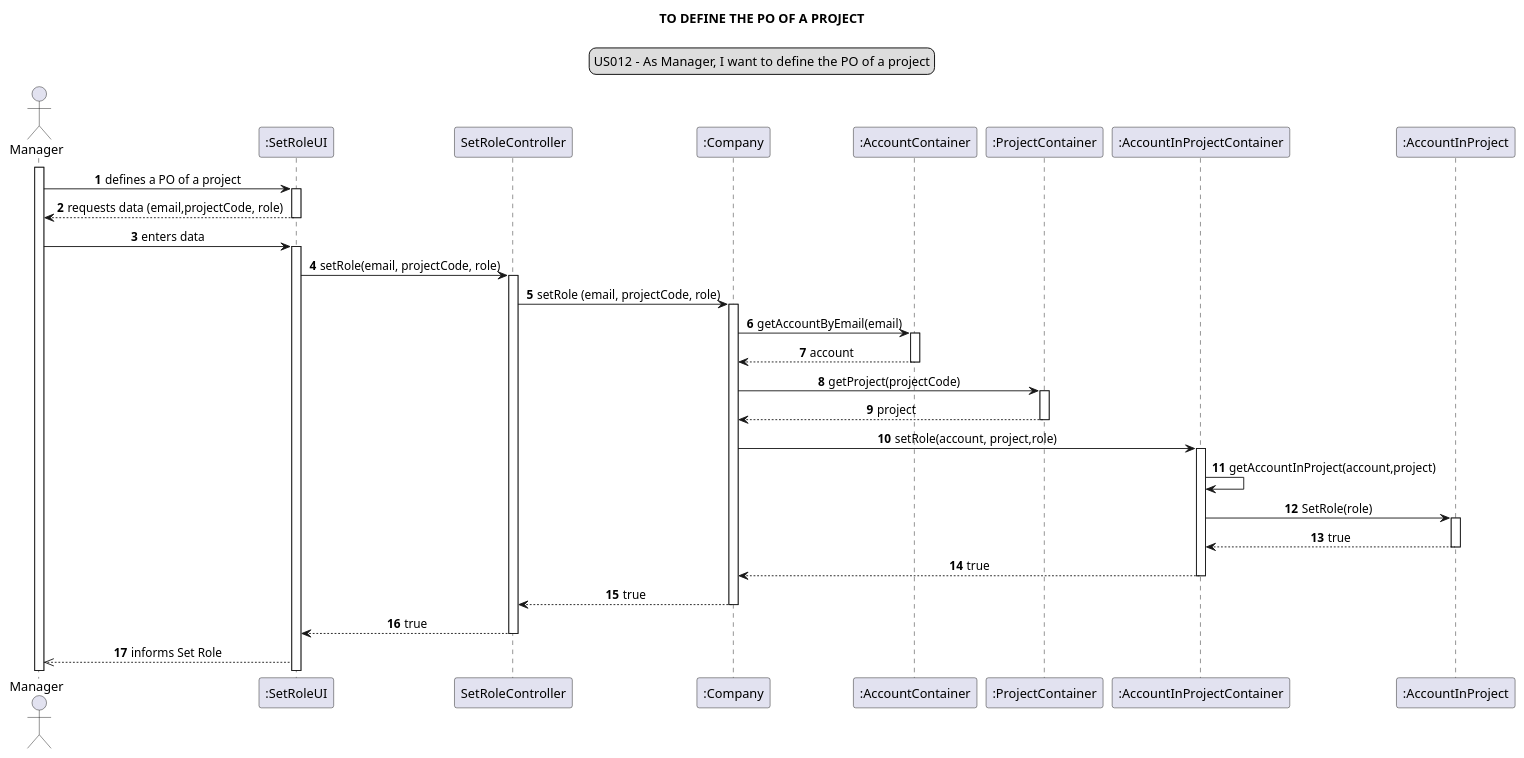
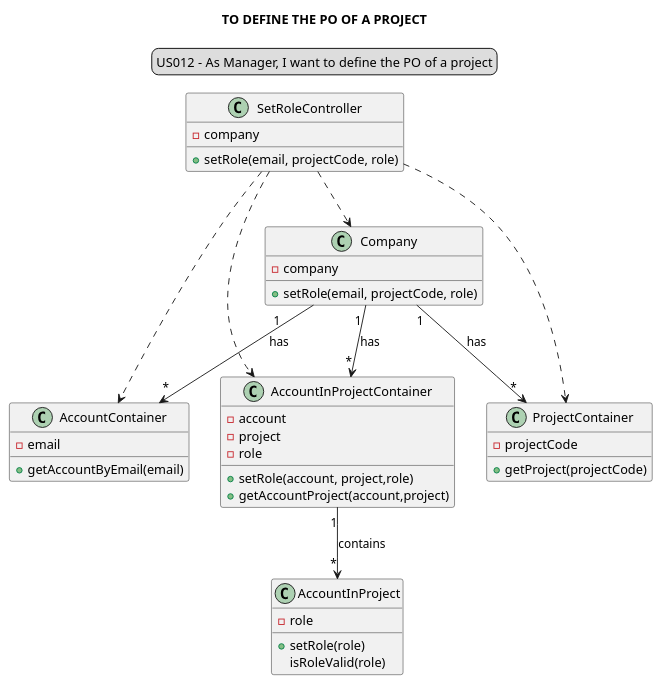
One commit to Loracline/project_switch_22-23 changed the diagram in docs/modelling_design/user_stories/US012/US012_classDiagram.puml. Above: the diagram before and after it, drawn with PlantUML. The commit also changed 1 other file, not shown here.

Commit message:
US012:Development: Swap names of Sequence Diagram and Class Diagram

```diff
--- a/docs/modelling_design/user_stories/US012/US012_classDiagram.puml
+++ b/docs/modelling_design/user_stories/US012/US012_classDiagram.puml
@@ -1,55 +1,56 @@
 @startuml
-'https://plantuml.com/class-diagram
+
 skinparam sequenceMessageAlign center
 title TO DEFINE THE PO OF A PROJECT
 legend top
 US012 - As Manager, I want to define the PO of a project
 end legend
-autonumber
 
-actor Manager
-participant ":SetRoleUI" as ui
-participant "SetRoleController" as controller
-participant ":Company" as company
-participant ":AccountContainer" as acccontainer
-participant ":ProjectContainer" as pcontainer
-participant ":AccountInProjectContainer" as accinprojcont
-participant ":AccountInProject" as accinproj
+class SetRoleController {
+-company
++setRole(email, projectCode, role)
+}
 
-activate Manager
-Manager -> ui:  defines a PO of a project
-activate ui
-Manager <-- ui:  requests data (email,projectCode, role)
-deactivate ui
-Manager -> ui:  enters data
-activate ui
-ui -> controller: setRole(email, projectCode, role)
-activate controller
-controller -> company: setRole (email, projectCode, role)
-activate company
-company -> acccontainer: getAccountByEmail(email)
-activate acccontainer
-company <-- acccontainer: account
-deactivate acccontainer
-company -> pcontainer: getProject(projectCode)
-activate pcontainer
-company <-- pcontainer: project
-deactivate pcontainer
-company -> accinprojcont: setRole(account, project,role)
-activate accinprojcont
-accinprojcont -> accinprojcont : getAccountInProject(account,project)
-accinprojcont -> accinproj: SetRole(role)
-activate accinproj
-accinproj --> accinprojcont: true
+class Company {
+-company
++setRole(email, projectCode, role)
+}
 
-deactivate accinproj
-accinprojcont --> company: true
-deactivate accinprojcont
-company --> controller : true
-deactivate company
-controller --> ui: true
-deactivate controller
-ui -->> Manager: informs Set Role
+class AccountContainer {
+-email
++getAccountByEmail(email)
+
+}
+
+class ProjectContainer{
+-projectCode
++getProject(projectCode)
+}
+
+class AccountInProjectContainer{
+-account
+-project
+-role
++setRole(account, project,role)
++getAccountProject(account,project)
+}
+
+class AccountInProject{
+-role
++setRole(role)
+isRoleValid(role)
+}
+
+
+SetRoleController ..> Company
+Company "1       " --> "*"AccountContainer: has
+Company "1"--> "        *"ProjectContainer: has
+Company "1 "-->"*" AccountInProjectContainer: has
+AccountInProjectContainer "    1"--> "   *"AccountInProject: contains
+
+SetRoleController ..> AccountContainer
+SetRoleController ..> ProjectContainer
+SetRoleController ..> AccountInProjectContainer
 
 
 @enduml
```
